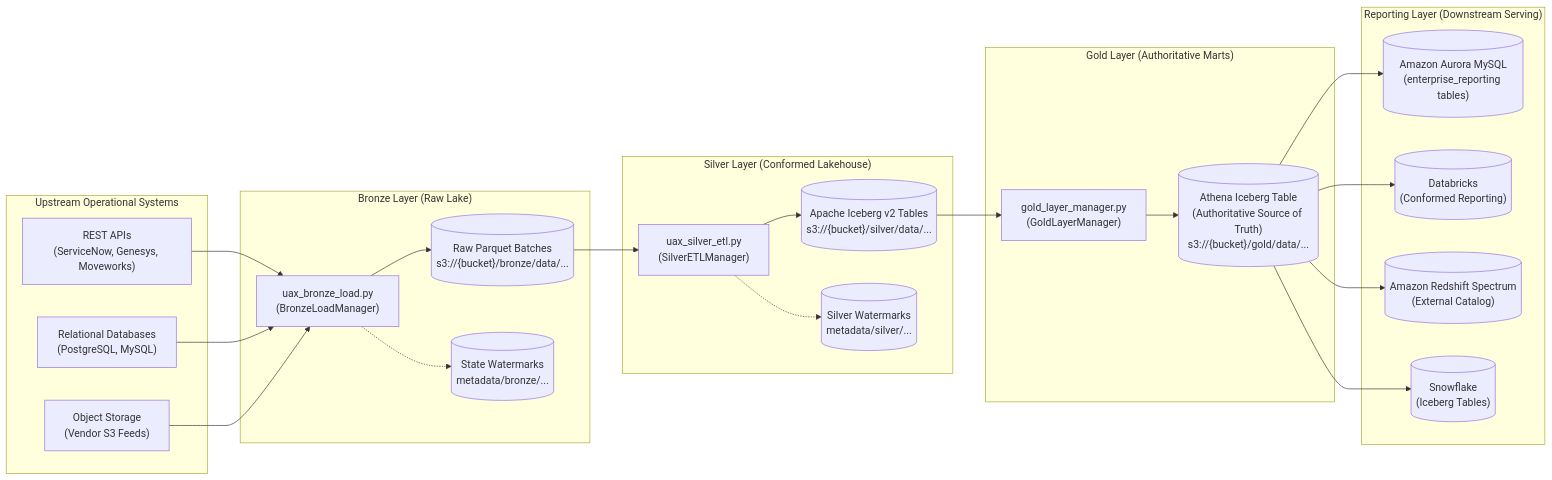
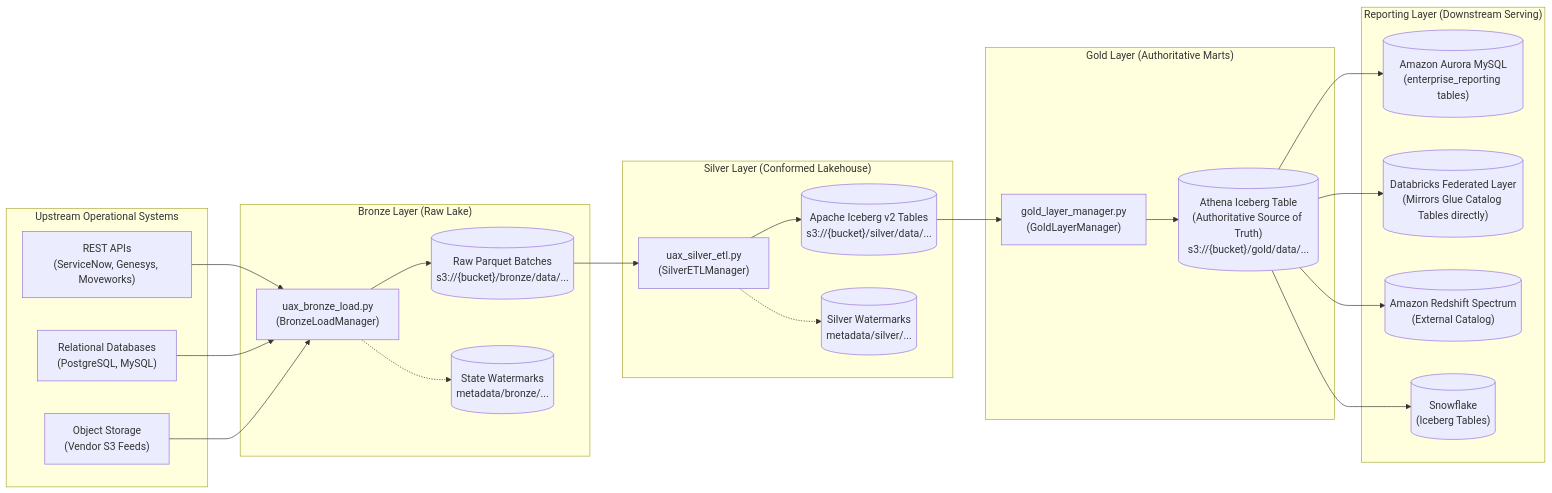
Before and after one commit to Nilkamal-m/Data-pipeline: the diagram in README.md, drawn with Mermaid.

Commit message:
docs: describe Databricks as federated layer mirroring Glue Catalog tables in README

````diff
--- a/README.md
+++ b/README.md
@@ -11,50 +11,50 @@
 ```mermaid
 flowchart LR
     subgraph Sources ["Upstream Operational Systems"]
         REST["REST APIs\n(ServiceNow, Genesys, Moveworks)"]
         DB["Relational Databases\n(PostgreSQL, MySQL)"]
         S3F["Object Storage\n(Vendor S3 Feeds)"]
     end
 
     subgraph Bronze ["Bronze Layer (Raw Lake)"]
         BLoad["uax_bronze_load.py\n(BronzeLoadManager)"]
         BParquet[("Raw Parquet Batches\ns3://{bucket}/bronze/data/...")]
         BState[("State Watermarks\nmetadata/bronze/...")]
     end
 
     subgraph Silver ["Silver Layer (Conformed Lakehouse)"]
         SETL["uax_silver_etl.py\n(SilverETLManager)"]
         SIceberg[("Apache Iceberg v2 Tables\ns3://{bucket}/silver/data/...")]
         SWatermark[("Silver Watermarks\nmetadata/silver/...")]
     end
 
     subgraph Gold ["Gold Layer (Authoritative Marts)"]
         GMgr["gold_layer_manager.py\n(GoldLayerManager)"]
         GIceberg[("Athena Iceberg Table\n(Authoritative Source of Truth)\ns3://{bucket}/gold/data/...")]
     end
 
     subgraph Reporting ["Reporting Layer (Downstream Serving)"]
         Aurora[("Amazon Aurora MySQL\n(enterprise_reporting tables)")]
-        Databricks[("Databricks\n(Conformed Reporting)")]
+        Databricks[("Databricks Federated Layer\n(Mirrors Glue Catalog Tables directly)")]
         Redshift[("Amazon Redshift Spectrum\n(External Catalog)")]
         Snowflake[("Snowflake\n(Iceberg Tables)")]
     end
 
     REST --> BLoad
     DB --> BLoad
     S3F --> BLoad
     BLoad --> BParquet
     BLoad -.-> BState
 
     BParquet --> SETL
     SETL --> SIceberg
     SETL -.-> SWatermark
 
     SIceberg --> GMgr
     GMgr --> GIceberg
 
     GIceberg --> Aurora
     GIceberg --> Databricks
     GIceberg --> Redshift
     GIceberg --> Snowflake
 ```
````
